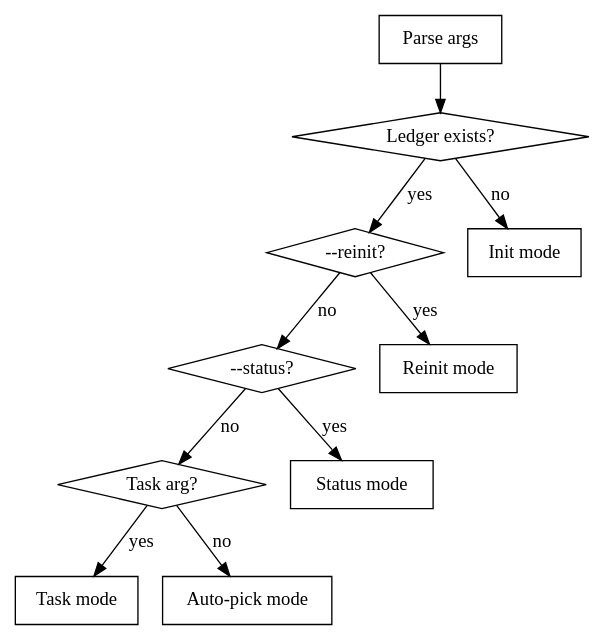
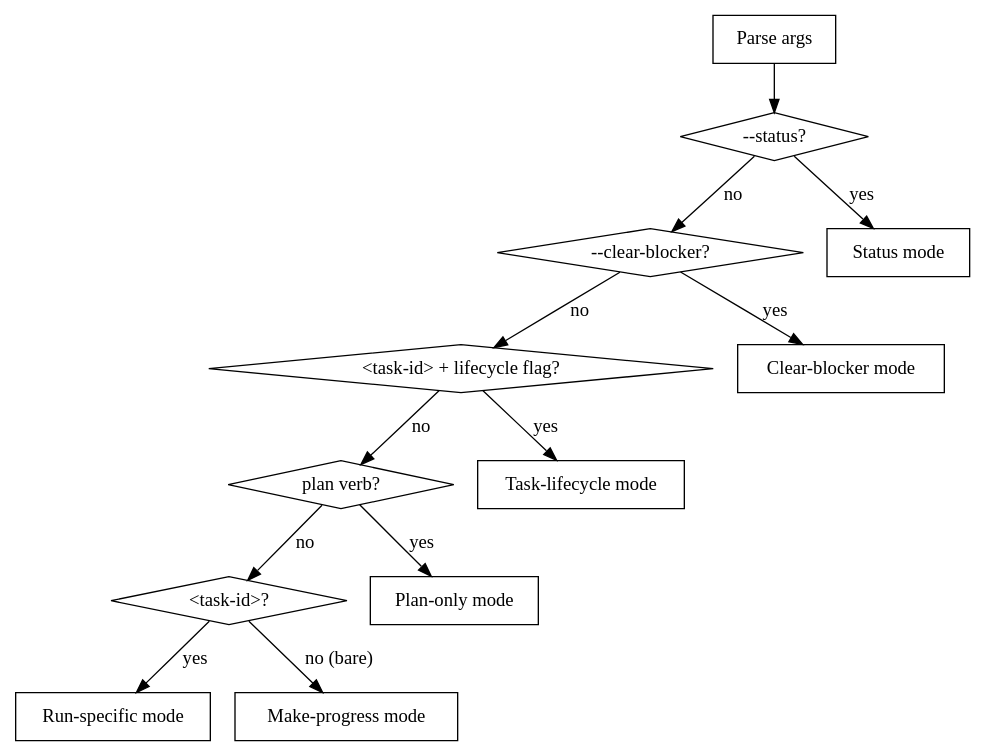
One commit to OdradekAI/opi changed the first of 2 diagrams in .claude/skills/opi-implement/skill.md. Above: the diagram before and after it, drawn with Graphviz. The commit also changed other lines of this file and 9 other files, not shown here.

First line of the commit message:
feat(opi-implement): unify init/reinit under one stage-aware verify engine

````diff
--- a/.claude/skills/opi-implement/skill.md
+++ b/.claude/skills/opi-implement/skill.md
@@ -72,24 +80,28 @@
 ```dot
 digraph mode {
   "Parse args" [shape=box];
-  "Ledger exists?" [shape=diamond];
-  "--reinit?" [shape=diamond];
   "--status?" [shape=diamond];
-  "Task arg?" [shape=diamond];
-  "Init mode" [shape=box];
-  "Reinit mode" [shape=box];
+  "--clear-blocker?" [shape=diamond];
+  "<task-id> + lifecycle flag?" [shape=diamond];
+  "plan verb?" [shape=diamond];
+  "<task-id>?" [shape=diamond];
   "Status mode" [shape=box];
-  "Task mode" [shape=box];
-  "Auto-pick mode" [shape=box];
+  "Clear-blocker mode" [shape=box];
+  "Task-lifecycle mode" [shape=box];
+  "Plan-only mode" [shape=box];
+  "Run-specific mode" [shape=box];
+  "Make-progress mode" [shape=box];
 
-  "Parse args" -> "Ledger exists?";
-  "Ledger exists?" -> "Init mode" [label="no"];
-  "Ledger exists?" -> "--reinit?" [label="yes"];
-  "--reinit?" -> "Reinit mode" [label="yes"];
-  "--reinit?" -> "--status?" [label="no"];
+  "Parse args" -> "--status?";
   "--status?" -> "Status mode" [label="yes"];
-  "--status?" -> "Task arg?" [label="no"];
-  "Task arg?" -> "Task mode" [label="yes"];
-  "Task arg?" -> "Auto-pick mode" [label="no"];
+  "--status?" -> "--clear-blocker?" [label="no"];
+  "--clear-blocker?" -> "Clear-blocker mode" [label="yes"];
+  "--clear-blocker?" -> "<task-id> + lifecycle flag?" [label="no"];
+  "<task-id> + lifecycle flag?" -> "Task-lifecycle mode" [label="yes"];
+  "<task-id> + lifecycle flag?" -> "plan verb?" [label="no"];
+  "plan verb?" -> "Plan-only mode" [label="yes"];
+  "plan verb?" -> "<task-id>?" [label="no"];
+  "<task-id>?" -> "Run-specific mode" [label="yes"];
+  "<task-id>?" -> "Make-progress mode" [label="no (bare)"];
 }
 ```
````
